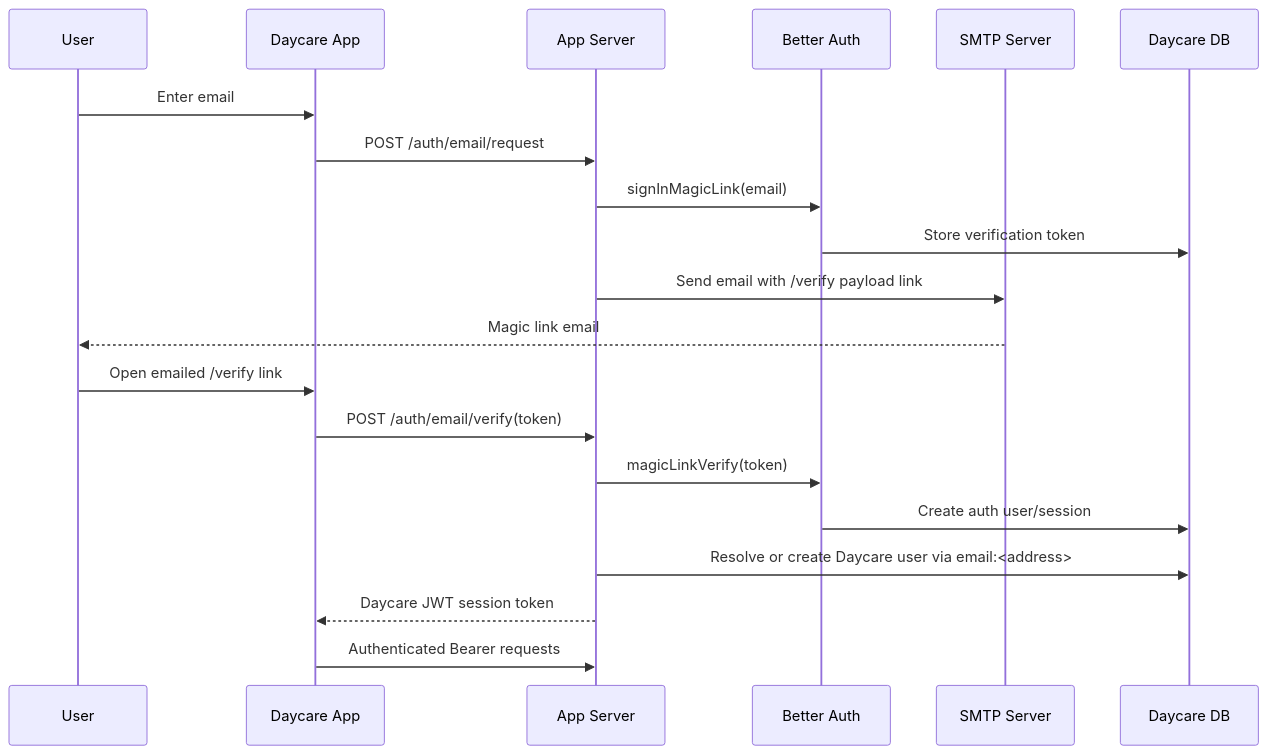
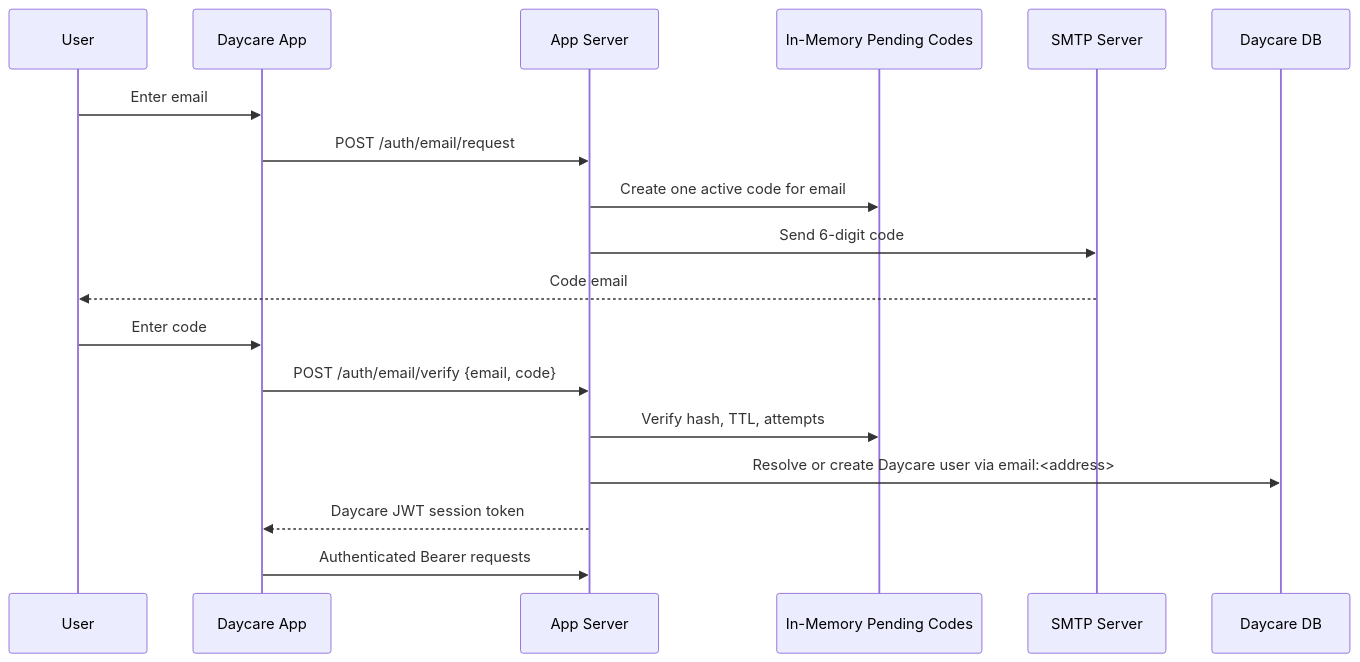
Before and after one commit to ex3ndr/daycare: the first of 3 diagrams in doc/BETTER_AUTH_EMAIL_MAGIC_LINK.md, drawn with Mermaid. The commit also changed other lines of this file and 18 other files, not shown here.

Commit message:
feat: switch app email auth to codes

````diff
--- a/doc/BETTER_AUTH_EMAIL_MAGIC_LINK.md
+++ b/doc/BETTER_AUTH_EMAIL_MAGIC_LINK.md
@@ -7,23 +7,21 @@
 ```mermaid
 sequenceDiagram
     participant User
     participant App as Daycare App
     participant API as App Server
-    participant BA as Better Auth
+    participant Memory as In-Memory Pending Codes
     participant SMTP as SMTP Server
     participant DB as Daycare DB
 
     User->>App: Enter email
     App->>API: POST /auth/email/request
-    API->>BA: signInMagicLink(email)
-    BA->>DB: Store verification token
-    API->>SMTP: Send email with /verify payload link
-    SMTP-->>User: Magic link email
-    User->>App: Open emailed /verify link
-    App->>API: POST /auth/email/verify(token)
-    API->>BA: magicLinkVerify(token)
-    BA->>DB: Create auth user/session
+    API->>Memory: Create one active code for email
+    API->>SMTP: Send 6-digit code
+    SMTP-->>User: Code email
+    User->>App: Enter code
+    App->>API: POST /auth/email/verify {email, code}
+    API->>Memory: Verify hash, TTL, attempts
     API->>DB: Resolve or create Daycare user via email:<address>
     API-->>App: Daycare JWT session token
     App->>API: Authenticated Bearer requests
 ```
````
